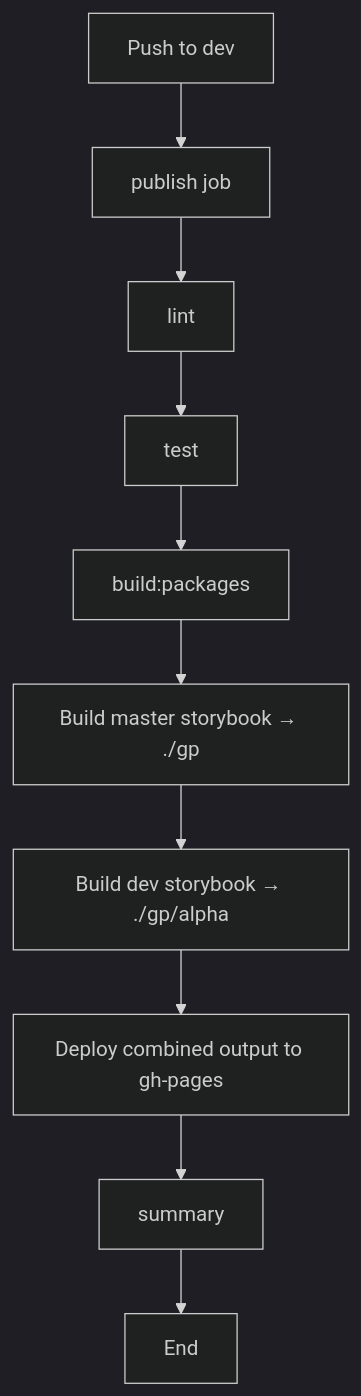
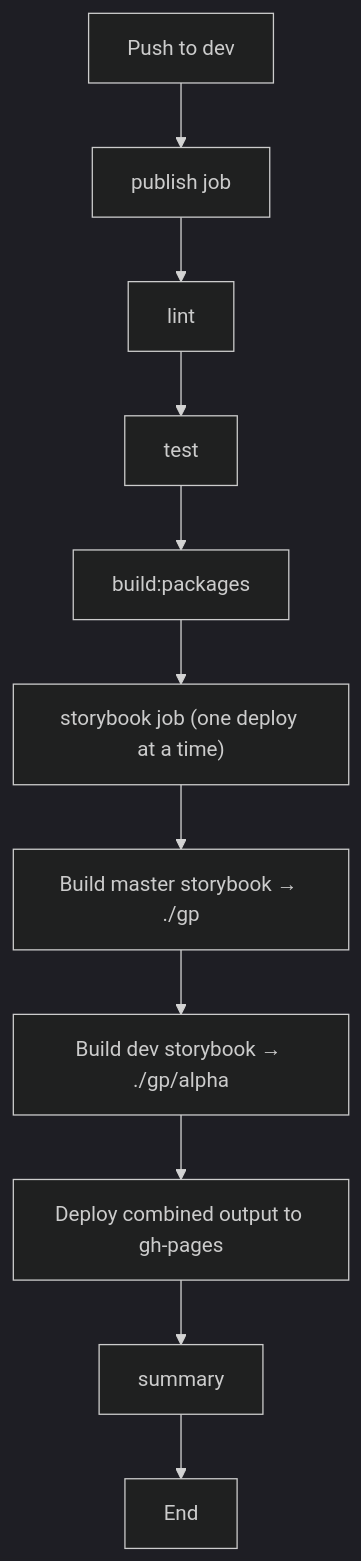
The second of 4 diagrams in .github/workflows/README.md (kelvininc/ui-components), drawn with Mermaid (dark theme) before and after one commit. The commit also changed other lines of this file and 3 other files, not shown here.

First line of the commit message:
ci(storybook): deploy gh-pages from its own job, one deploy at a time

````diff
--- a/.github/workflows/README.md
+++ b/.github/workflows/README.md
@@ -70,12 +70,13 @@
 ```mermaid
 graph TD
     A[Push to dev] --> B[publish job]
     B --> C[lint]
     C --> D[test]
     D --> E[build:packages]
-    E --> F[Build master storybook → ./gp]
+    E --> S["storybook job (one deploy at a time)"]
+    S --> F[Build master storybook → ./gp]
     F --> G[Build dev storybook → ./gp/alpha]
     G --> H[Deploy combined output to gh-pages]
     H --> I[summary]
     I --> J[End]
 ```
````
